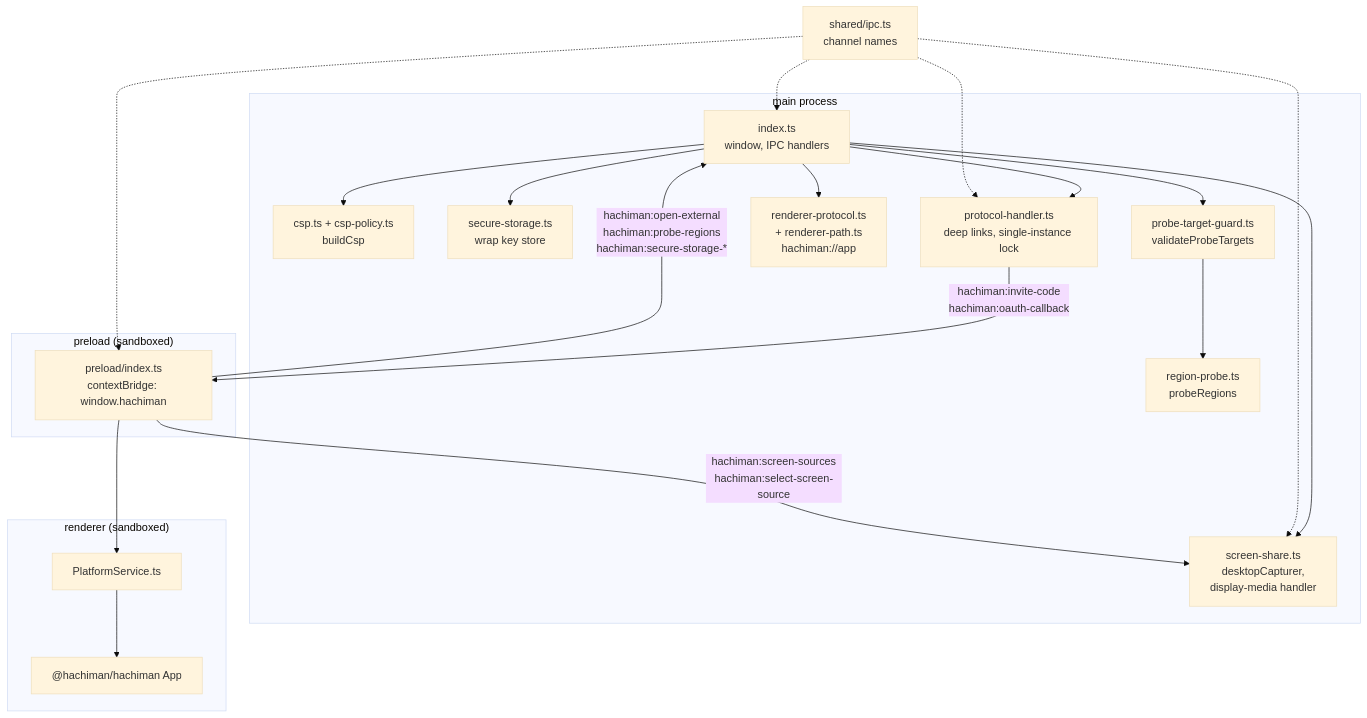
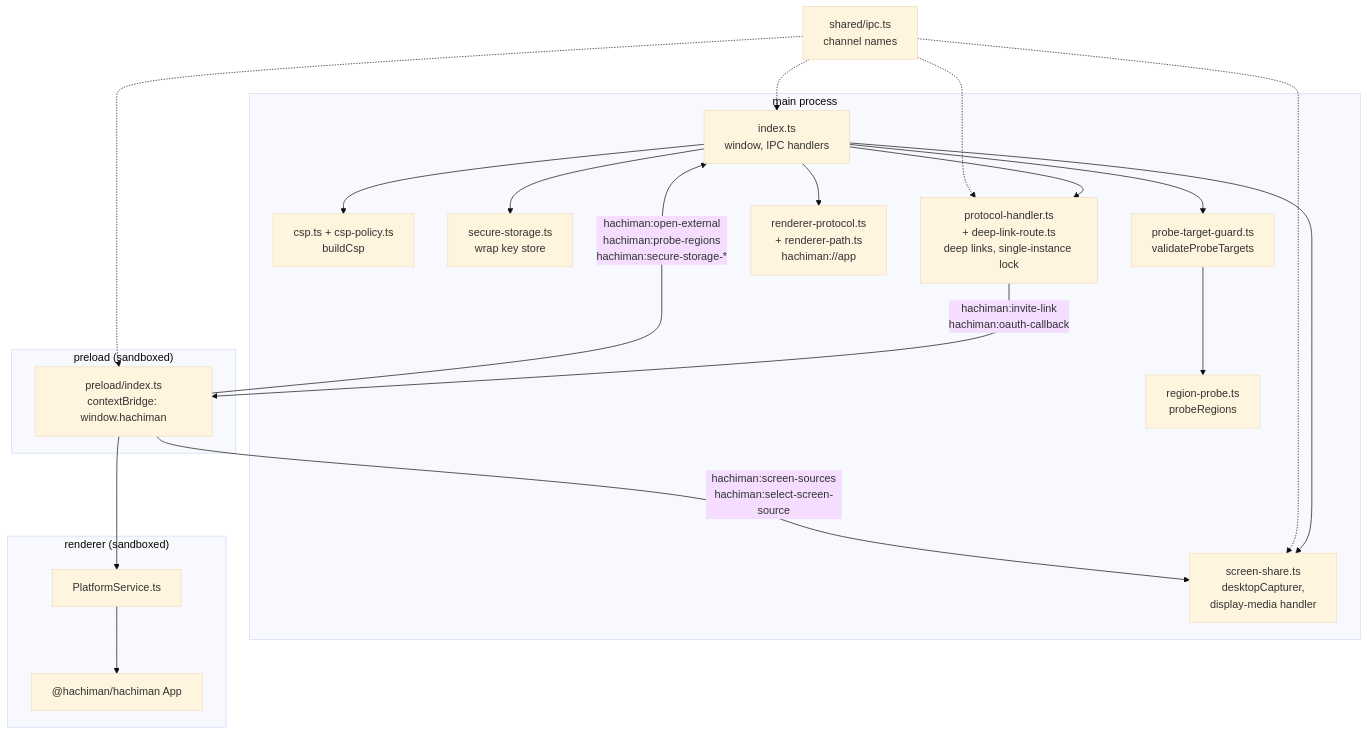
One commit to dan-hummelstad/hachiman changed the second of 4 diagrams in apps/hachiman-electron/README.md. Above: the diagram before and after it, drawn with Mermaid (base theme). The commit also changed other lines of this file and 42 other files, not shown here.

````diff
--- a/apps/hachiman-electron/README.md
+++ b/apps/hachiman-electron/README.md
@@ -48,40 +48,40 @@
 ```mermaid
 flowchart TB
   subgraph Main["main process"]
     IDX["index.ts<br/>window, IPC handlers"]
     CSP["csp.ts + csp-policy.ts<br/>buildCsp"]
     KS["secure-storage.ts<br/>wrap key store"]
-    PROT["protocol-handler.ts<br/>deep links, single-instance lock"]
+    PROT["protocol-handler.ts<br/>+ deep-link-route.ts<br/>deep links, single-instance lock"]
     RP["renderer-protocol.ts<br/>+ renderer-path.ts<br/>hachiman://app"]
     GUARD["probe-target-guard.ts<br/>validateProbeTargets"]
     PROBE["region-probe.ts<br/>probeRegions"]
     SS["screen-share.ts<br/>desktopCapturer,<br/>display-media handler"]
   end
 
   subgraph Preload["preload (sandboxed)"]
     BR["preload/index.ts<br/>contextBridge: window.hachiman"]
   end
 
   subgraph Renderer["renderer (sandboxed)"]
     PSV["PlatformService.ts"]
     UI["@hachiman/hachiman App"]
   end
 
   IPC["shared/ipc.ts<br/>channel names"]
 
   IDX --> CSP
   IDX --> KS
   IDX --> PROT
   IDX --> RP
   IDX --> GUARD --> PROBE
   IDX --> SS
   IPC -.-> IDX
   IPC -.-> PROT
   IPC -.-> SS
   IPC -.-> BR
 
-  PROT -- "hachiman:invite-code<br/>hachiman:oauth-callback" --> BR
+  PROT -- "hachiman:invite-link<br/>hachiman:oauth-callback" --> BR
   BR -- "hachiman:open-external<br/>hachiman:probe-regions<br/>hachiman:secure-storage-*" --> IDX
   BR -- "hachiman:screen-sources<br/>hachiman:select-screen-source" --> SS
   BR --> PSV --> UI
 ```
````
